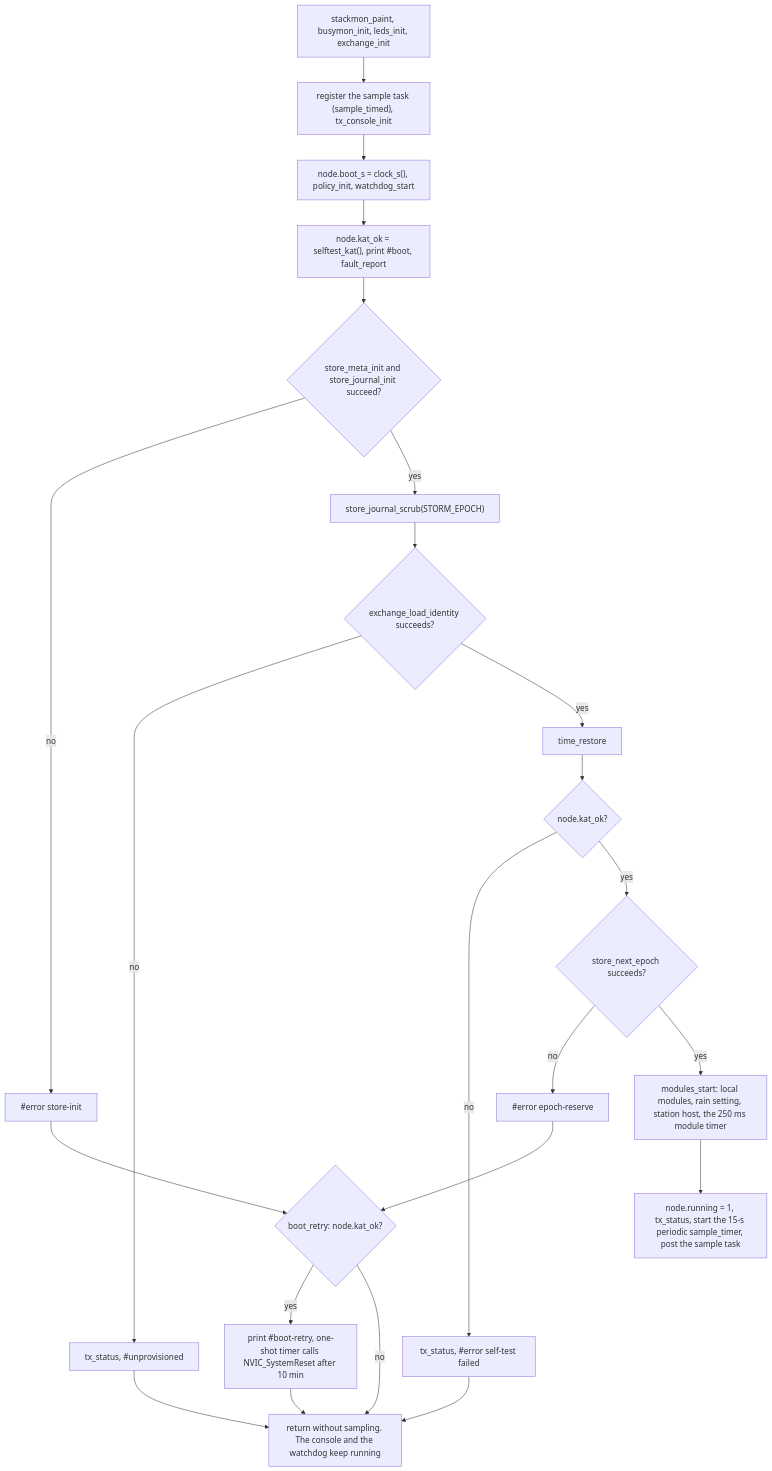
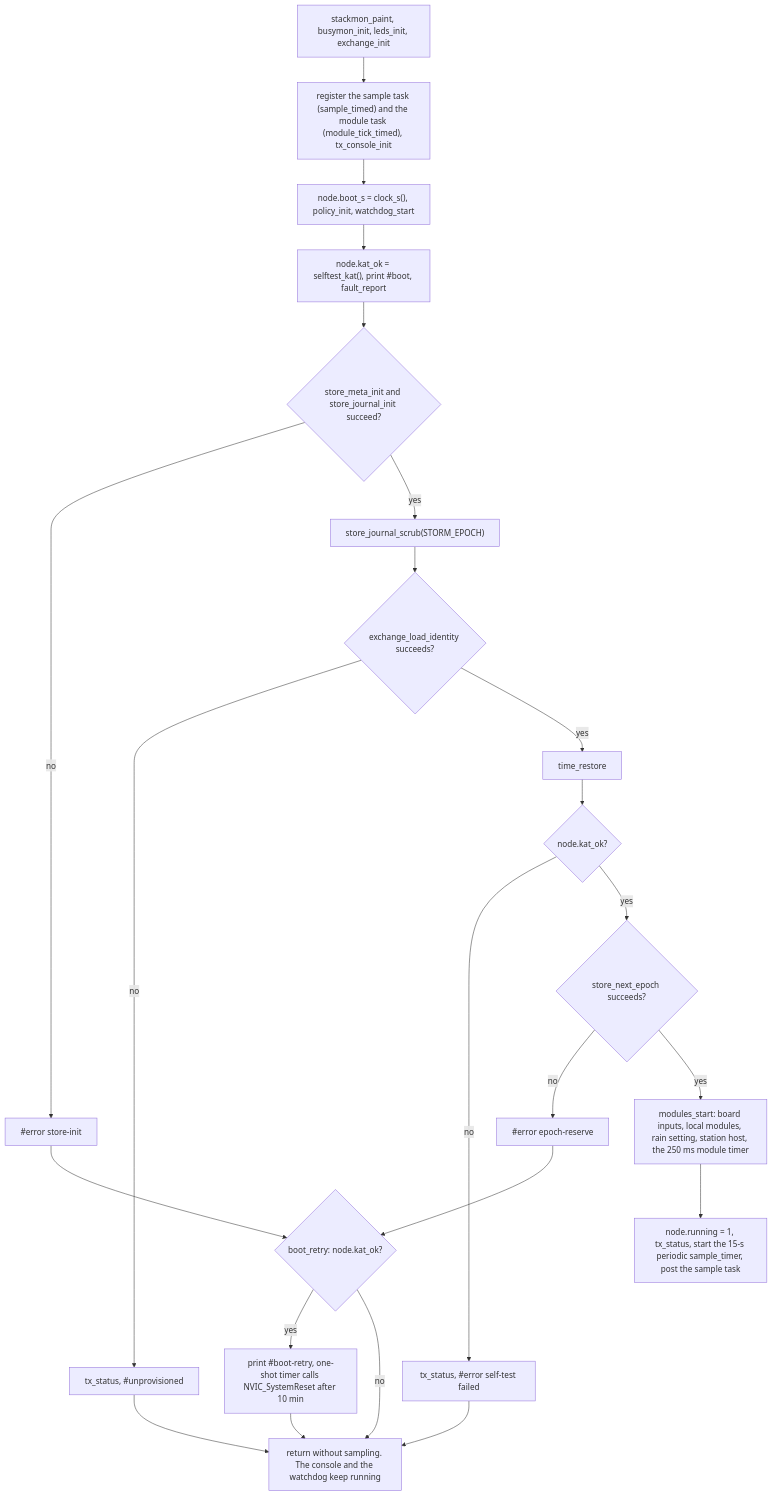
One commit to clintecker/weather-station-2026 changed the first of 4 diagrams in firmware/stage0-node/App/app_tx.lit.md. Above: the diagram before and after it, drawn with Mermaid. The commit also changed other lines of this file and 42 other files, not shown here.

````diff
--- a/firmware/stage0-node/App/app_tx.lit.md
+++ b/firmware/stage0-node/App/app_tx.lit.md
@@ -59,25 +59,25 @@
 ```mermaid
 flowchart TD
-  A["stackmon_paint, busymon_init, leds_init, exchange_init"] --> B["register the sample task (sample_timed), tx_console_init"]
+  A["stackmon_paint, busymon_init, leds_init, exchange_init"] --> B["register the sample task (sample_timed) and the module task (module_tick_timed), tx_console_init"]
   B --> C["node.boot_s = clock_s(), policy_init, watchdog_start"]
   C --> D["node.kat_ok = selftest_kat(), print #boot, fault_report"]
   D --> E{"store_meta_init and store_journal_init succeed?"}
   E -- no --> E1["#error store-init"]
   E -- yes --> F["store_journal_scrub(STORM_EPOCH)"]
   F --> G{"exchange_load_identity succeeds?"}
   G -- no --> G1["tx_status, #unprovisioned"]
   G -- yes --> H["time_restore"]
   H --> I{"node.kat_ok?"}
   I -- no --> I1["tx_status, #error self-test failed"]
   I -- yes --> J{"store_next_epoch succeeds?"}
   J -- no --> J1["#error epoch-reserve"]
-  J -- yes --> K["modules_start: local modules, rain setting, station host, the 250 ms module timer"]
+  J -- yes --> K["modules_start: board inputs, local modules, rain setting, station host, the 250 ms module timer"]
   K --> L["node.running = 1, tx_status, start the 15-s periodic sample_timer, post the sample task"]
   E1 --> R{"boot_retry: node.kat_ok?"}
   J1 --> R
   R -- yes --> R1["print #boot-retry, one-shot timer calls NVIC_SystemReset after 10 min"]
   R -- no --> X["return without sampling. The console and the watchdog keep running"]
   R1 --> X
   G1 --> X
   I1 --> X
 ```
````
